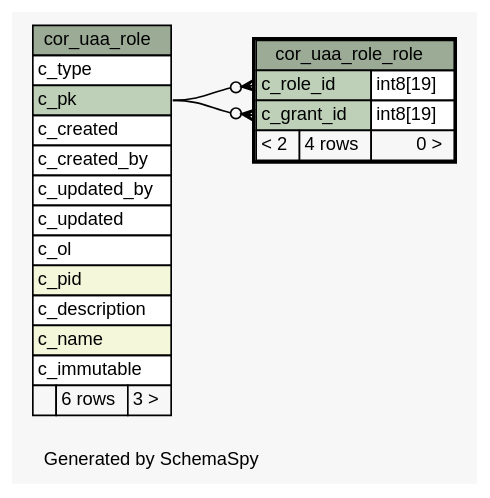
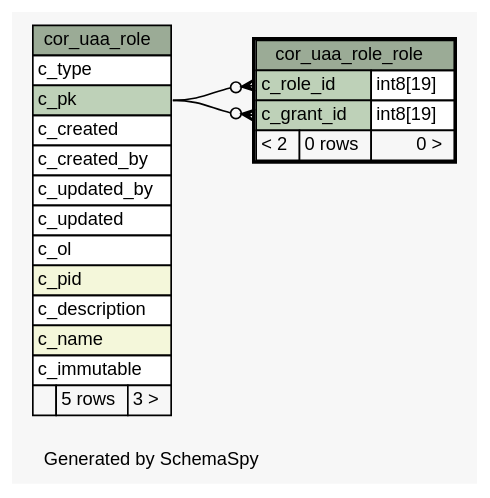
The diagram in 2.0.0-SNAPSHOT/schemaspy/diagrams/cor_uaa_role_role.1degree.dot (openwms/org.openwms.core.uaa), drawn with Graphviz before and after one commit. The commit also changed 424 other files, not shown here.

```diff
--- a/2.0.0-SNAPSHOT/schemaspy/diagrams/cor_uaa_role_role.1degree.dot
+++ b/2.0.0-SNAPSHOT/schemaspy/diagrams/cor_uaa_role_role.1degree.dot
@@ -1,55 +1,55 @@
 // dot 2.43.0 on Linux 5.15.0-1022-azure
 // SchemaSpy rev Unknown
 digraph "oneDegreeRelationshipsDiagram" {
   graph [
     rankdir="RL"
     bgcolor="#f7f7f7"
     label="\nGenerated by SchemaSpy"
     labeljust="l"
     nodesep="0.18"
     ranksep="0.46"
     fontname="Helvetica"
     fontsize="11"
   ];
   node [
     fontname="Helvetica"
     fontsize="11"
     shape="plaintext"
   ];
   edge [
     arrowsize="0.8"
   ];
   "cor_uaa_role_role":"c_grant_id":w -> "cor_uaa_role":"c_pk":e [arrowhead=none dir=back arrowtail=crowodot];
   "cor_uaa_role_role":"c_role_id":w -> "cor_uaa_role":"c_pk":e [arrowhead=none dir=back arrowtail=crowodot];
   "cor_uaa_role" [
     label=<
     <TABLE BORDER="0" CELLBORDER="1" CELLSPACING="0" BGCOLOR="#ffffff">
       <TR><TD COLSPAN="3" BGCOLOR="#9bab96" ALIGN="CENTER">cor_uaa_role</TD></TR>
       <TR><TD PORT="c_type" COLSPAN="3" ALIGN="LEFT">c_type</TD></TR>
       <TR><TD PORT="c_pk" COLSPAN="3" BGCOLOR="#bed1b8" ALIGN="LEFT">c_pk</TD></TR>
       <TR><TD PORT="c_created" COLSPAN="3" ALIGN="LEFT">c_created</TD></TR>
       <TR><TD PORT="c_created_by" COLSPAN="3" ALIGN="LEFT">c_created_by</TD></TR>
       <TR><TD PORT="c_updated_by" COLSPAN="3" ALIGN="LEFT">c_updated_by</TD></TR>
       <TR><TD PORT="c_updated" COLSPAN="3" ALIGN="LEFT">c_updated</TD></TR>
       <TR><TD PORT="c_ol" COLSPAN="3" ALIGN="LEFT">c_ol</TD></TR>
       <TR><TD PORT="c_pid" COLSPAN="3" BGCOLOR="#f4f7da" ALIGN="LEFT">c_pid</TD></TR>
       <TR><TD PORT="c_description" COLSPAN="3" ALIGN="LEFT">c_description</TD></TR>
       <TR><TD PORT="c_name" COLSPAN="3" BGCOLOR="#f4f7da" ALIGN="LEFT">c_name</TD></TR>
       <TR><TD PORT="c_immutable" COLSPAN="3" ALIGN="LEFT">c_immutable</TD></TR>
-      <TR><TD ALIGN="LEFT" BGCOLOR="#f7f7f7">  </TD><TD ALIGN="RIGHT" BGCOLOR="#f7f7f7">6 rows</TD><TD ALIGN="RIGHT" BGCOLOR="#f7f7f7">3 &gt;</TD></TR>
+      <TR><TD ALIGN="LEFT" BGCOLOR="#f7f7f7">  </TD><TD ALIGN="RIGHT" BGCOLOR="#f7f7f7">5 rows</TD><TD ALIGN="RIGHT" BGCOLOR="#f7f7f7">3 &gt;</TD></TR>
     </TABLE>>
     URL="cor_uaa_role.html"
     tooltip="cor_uaa_role"
   ];
   "cor_uaa_role_role" [
     label=<
     <TABLE BORDER="2" CELLBORDER="1" CELLSPACING="0" BGCOLOR="#ffffff">
       <TR><TD COLSPAN="3" BGCOLOR="#9bab96" ALIGN="CENTER">cor_uaa_role_role</TD></TR>
       <TR><TD PORT="c_role_id" COLSPAN="2" BGCOLOR="#bed1b8" ALIGN="LEFT">c_role_id</TD><TD PORT="c_role_id.type" ALIGN="LEFT">int8[19]</TD></TR>
       <TR><TD PORT="c_grant_id" COLSPAN="2" BGCOLOR="#bed1b8" ALIGN="LEFT">c_grant_id</TD><TD PORT="c_grant_id.type" ALIGN="LEFT">int8[19]</TD></TR>
-      <TR><TD ALIGN="LEFT" BGCOLOR="#f7f7f7">&lt; 2</TD><TD ALIGN="RIGHT" BGCOLOR="#f7f7f7">4 rows</TD><TD ALIGN="RIGHT" BGCOLOR="#f7f7f7">0 &gt;</TD></TR>
+      <TR><TD ALIGN="LEFT" BGCOLOR="#f7f7f7">&lt; 2</TD><TD ALIGN="RIGHT" BGCOLOR="#f7f7f7">0 rows</TD><TD ALIGN="RIGHT" BGCOLOR="#f7f7f7">0 &gt;</TD></TR>
     </TABLE>>
     URL="cor_uaa_role_role.html"
     tooltip="cor_uaa_role_role"
   ];
 }
```
